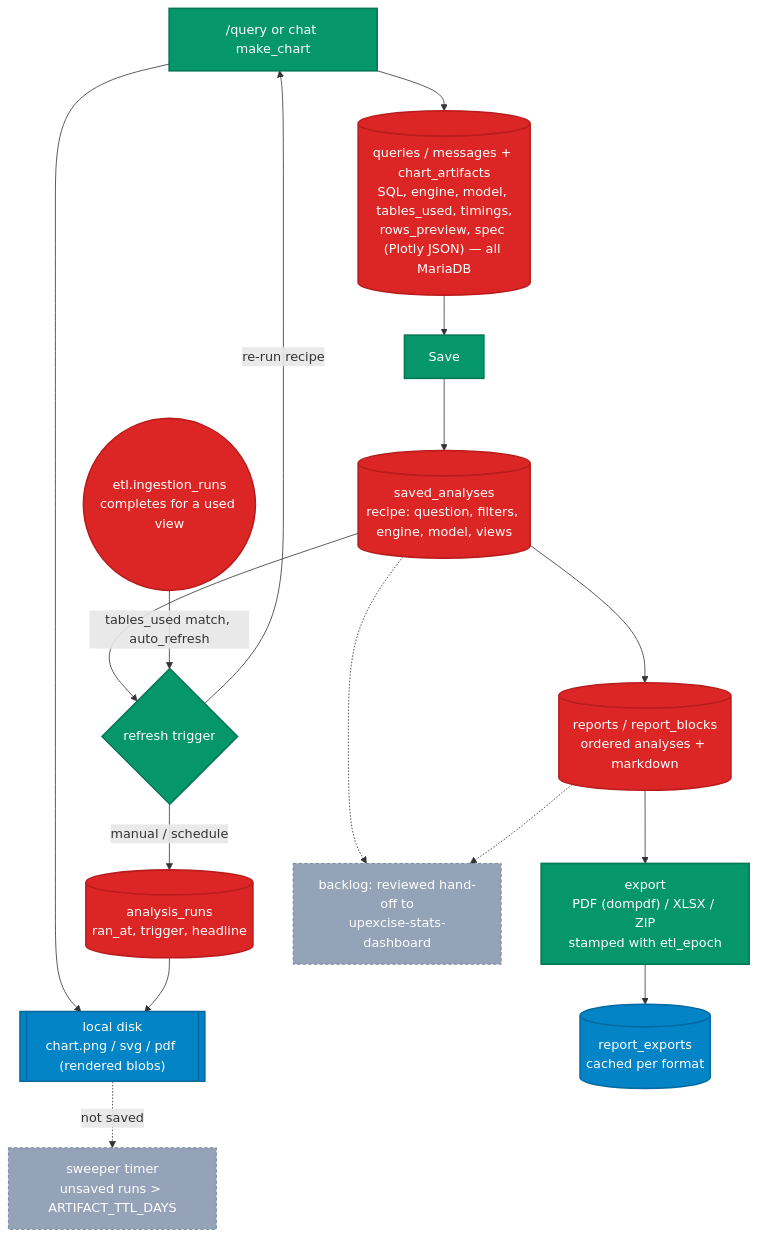
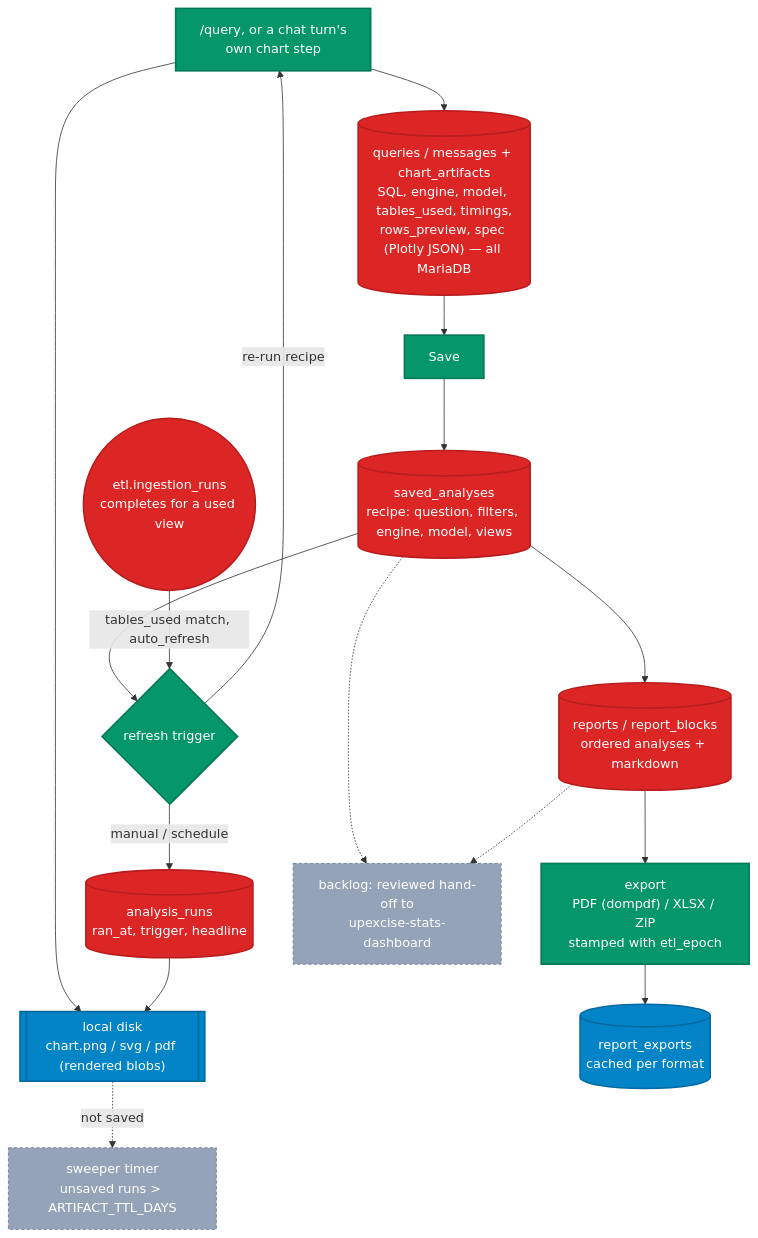
Before and after one commit to SubhanRaj/excise-mcp-dashboard: the sixth of 7 diagrams in ARCHITECTURE.md, drawn with Mermaid. The commit also changed other lines of this file and 4 other files, not shown here.

First line of the commit message:
Update docs to describe the chat chart step as deterministic, not a model-called tool

````diff
--- a/ARCHITECTURE.md
+++ b/ARCHITECTURE.md
@@ -526,37 +527,37 @@
 ```mermaid
 flowchart TD
     classDef app fill:#059669,stroke:#047857,stroke-width:2px,color:#fff
     classDef db fill:#dc2626,stroke:#b91c1c,stroke-width:2px,color:#fff
     classDef store fill:#0284c7,stroke:#0369a1,stroke-width:2px,color:#fff
     classDef off fill:#94a3b8,stroke:#64748b,stroke-width:1px,color:#fff,stroke-dasharray:4 3
 
-    Run["/query or chat make_chart"]:::app
+    Run["/query, or a chat turn's<br/>own chart step"]:::app
     Q[("queries / messages + chart_artifacts<br/>SQL, engine, model, tables_used, timings,<br/>rows_preview, spec (Plotly JSON) — all MariaDB")]:::db
     Files[["local disk<br/>chart.png / svg / pdf (rendered blobs)"]]:::store
     Sweep["sweeper timer<br/>unsaved runs &gt; ARTIFACT_TTL_DAYS"]:::off
 
     Save["Save"]:::app
     SA[("saved_analyses<br/>recipe: question, filters, engine, model, views")]:::db
     Refresh{"refresh trigger"}:::app
     AR[("analysis_runs<br/>ran_at, trigger, headline")]:::db
     ETL(("etl.ingestion_runs<br/>completes for a used view")):::db
 
     Rep[("reports / report_blocks<br/>ordered analyses + markdown")]:::db
     Exp["export<br/>PDF (dompdf) / XLSX / ZIP<br/>stamped with etl_epoch"]:::app
     RE[("report_exports<br/>cached per format")]:::store
     Pub["backlog: reviewed hand-off to<br/>upexcise-stats-dashboard"]:::off
 
     Run --> Q
     Run --> Files
     Files -.->|"not saved"| Sweep
     Q --> Save --> SA
     SA --> Refresh
     Refresh -->|manual / schedule| AR
     ETL -->|"tables_used match, auto_refresh"| Refresh
     Refresh -->|re-run recipe| Run
     AR --> Files
     SA --> Rep
     Rep --> Exp --> RE
     SA -.-> Pub
     Rep -.-> Pub
 ```
````
